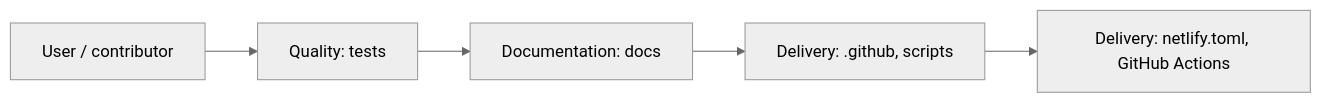
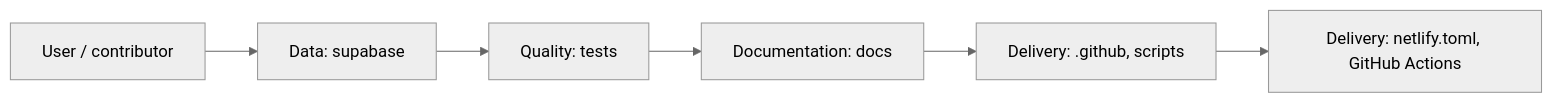
The third of 6 diagrams in README.md (Nischhalsubba/Formcraft), drawn with Mermaid (neutral theme) before and after one commit. The commit also changed other lines of this file, not shown here.

````diff
--- a/README.md
+++ b/README.md
@@ -53,8 +92,9 @@
 ```mermaid
 flowchart LR
-    ACTOR["User / contributor"]
-    ACTOR --> A0["Quality: tests"]
-    A0 --> A1["Documentation: docs"]
-    A1 --> A2["Delivery: .github, scripts"]
-    A2 --> DELIVERY["Delivery: netlify.toml, GitHub Actions"]
+    USER["User / contributor"]
+    USER --> A0["Data: supabase"]
+    A0 --> A1["Quality: tests"]
+    A1 --> A2["Documentation: docs"]
+    A2 --> A3["Delivery: .github, scripts"]
+    A3 --> DELIVERY["Delivery: netlify.toml, GitHub Actions"]
 ```
````
